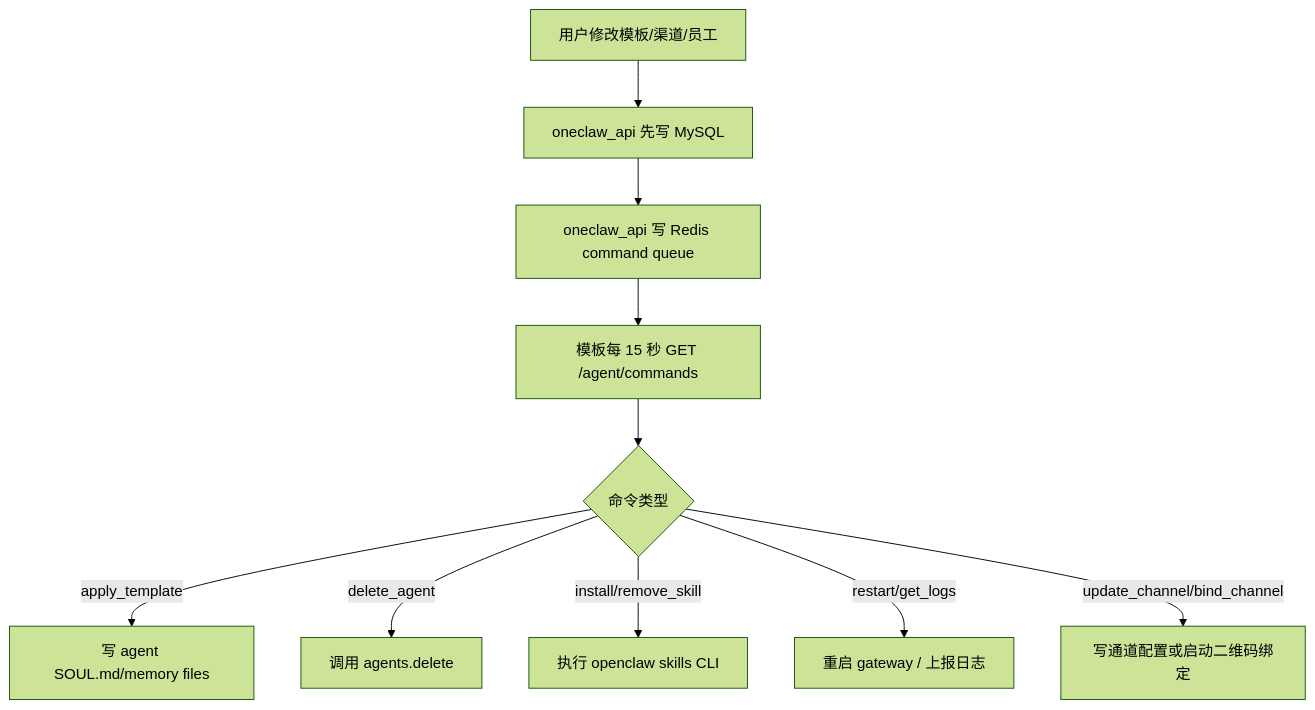
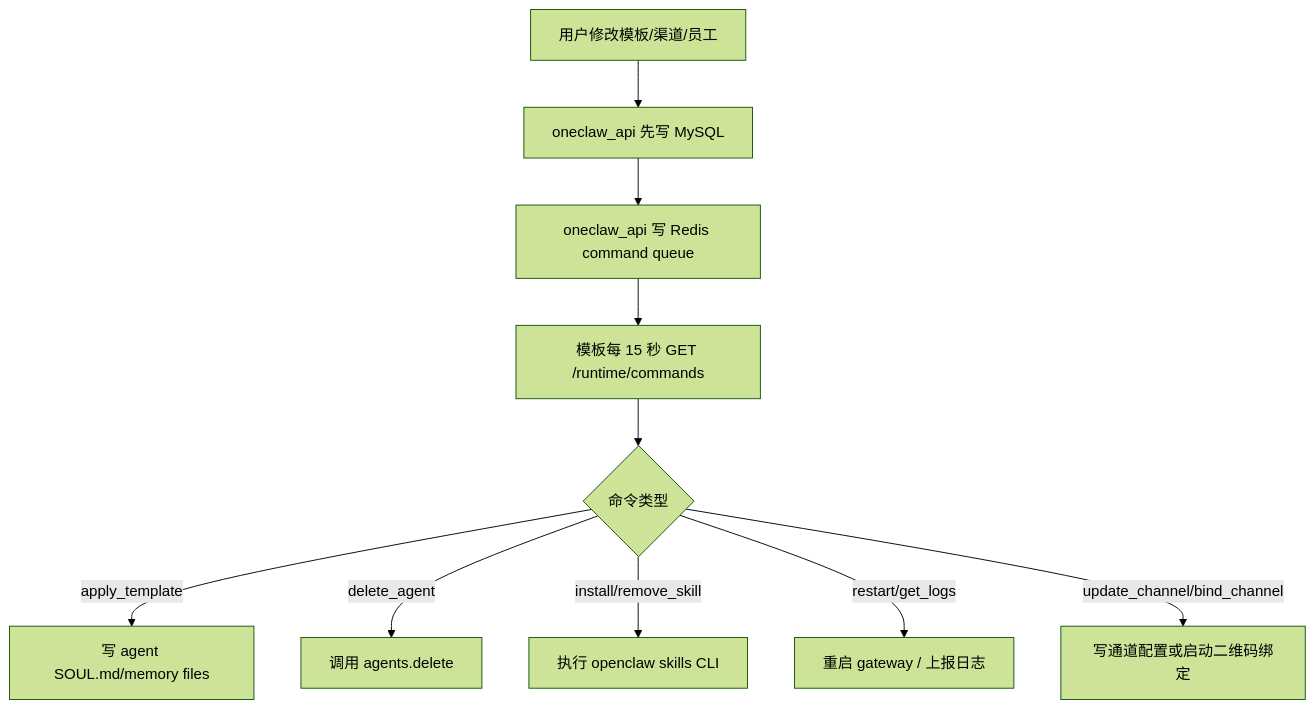
Before and after one commit to runtopia/openclaw-template: the sixth of 8 diagrams in docs/business-logic.md, drawn with Mermaid (forest theme). The commit also changed other lines of this file and 4 other files, not shown here.

````diff
--- a/docs/business-logic.md
+++ b/docs/business-logic.md
@@ -503,12 +503,12 @@
 ```mermaid
 flowchart TD
     A["用户修改模板/渠道/员工"] --> B["oneclaw_api 先写 MySQL"]
     B --> C["oneclaw_api 写 Redis command queue"]
-    C --> D["模板每 15 秒 GET /agent/commands"]
+    C --> D["模板每 15 秒 GET /runtime/commands"]
     D --> E{"命令类型"}
     E -- "apply_template" --> F["写 agent SOUL.md/memory files"]
     E -- "delete_agent" --> G["调用 agents.delete"]
     E -- "install/remove_skill" --> H["执行 openclaw skills CLI"]
     E -- "restart/get_logs" --> I["重启 gateway / 上报日志"]
     E -- "update_channel/bind_channel" --> J["写通道配置或启动二维码绑定"]
 ```
````
